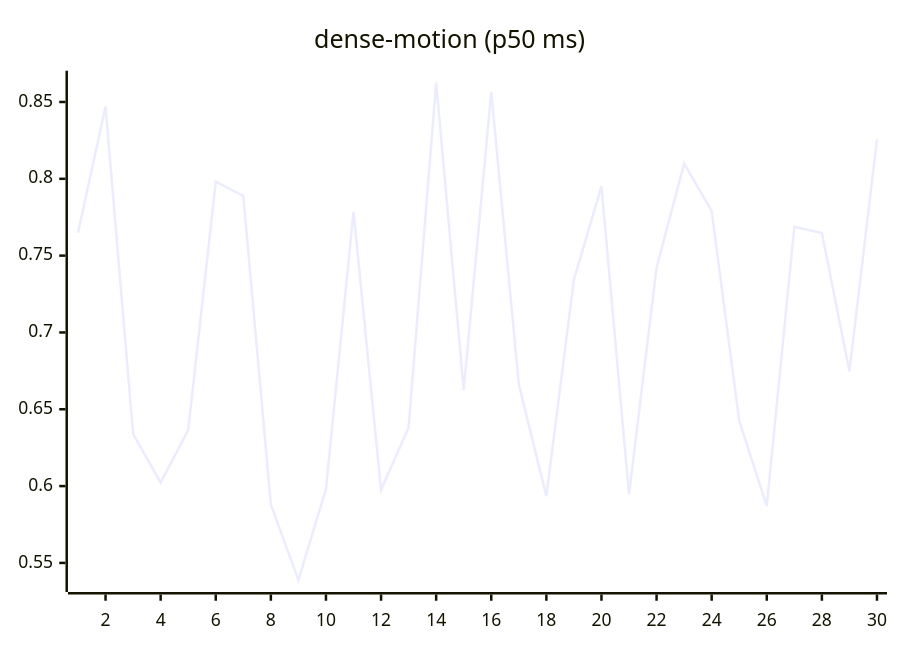
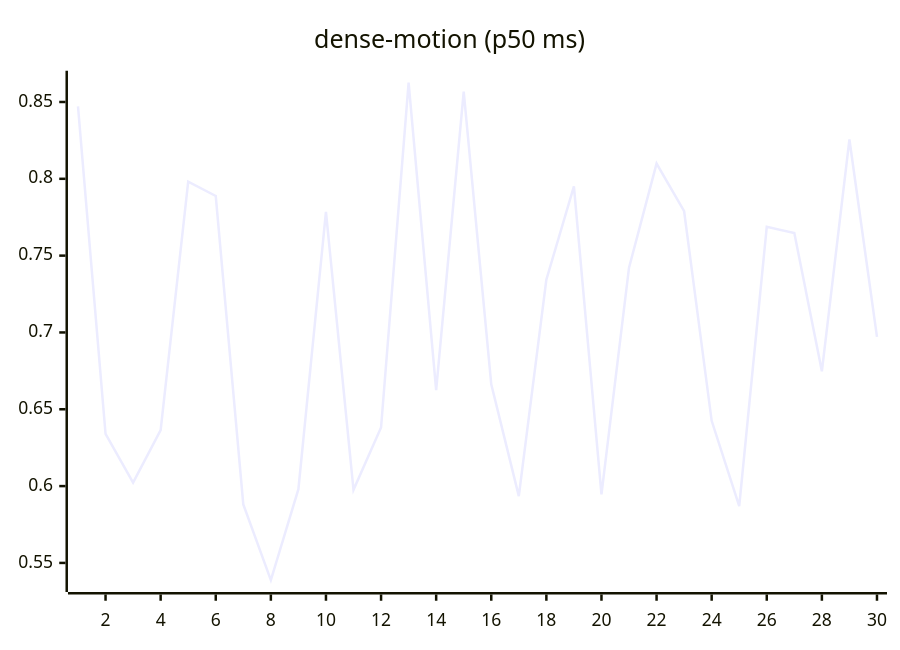
The ninth of 27 diagrams in README.md (josha/Facet), drawn with Mermaid before and after one commit. The commit also changed other lines of this file and 2 other files, not shown here.

````diff
--- a/README.md
+++ b/README.md
@@ -119,6 +119,6 @@
 ```mermaid
 xychart-beta
     title "dense-motion (p50 ms)"
     x-axis 1 --> 30
-    line [0.7649, 0.8471, 0.6340, 0.6023, 0.6364, 0.7981, 0.7888, 0.5881, 0.5388, 0.5980, 0.7785, 0.5976, 0.6382, 0.8626, 0.6624, 0.8567, 0.6662, 0.5935, 0.7344, 0.7951, 0.5946, 0.7422, 0.8099, 0.7789, 0.6425, 0.5869, 0.7688, 0.7647, 0.6747, 0.8256]
+    line [0.8471, 0.6340, 0.6023, 0.6364, 0.7981, 0.7888, 0.5881, 0.5388, 0.5980, 0.7785, 0.5976, 0.6382, 0.8626, 0.6624, 0.8567, 0.6662, 0.5935, 0.7344, 0.7951, 0.5946, 0.7422, 0.8099, 0.7789, 0.6425, 0.5869, 0.7688, 0.7647, 0.6747, 0.8256, 0.6971]
 ```
````
